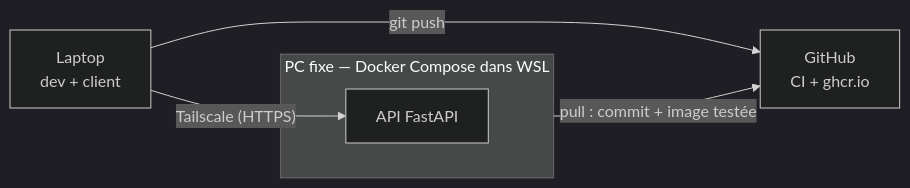
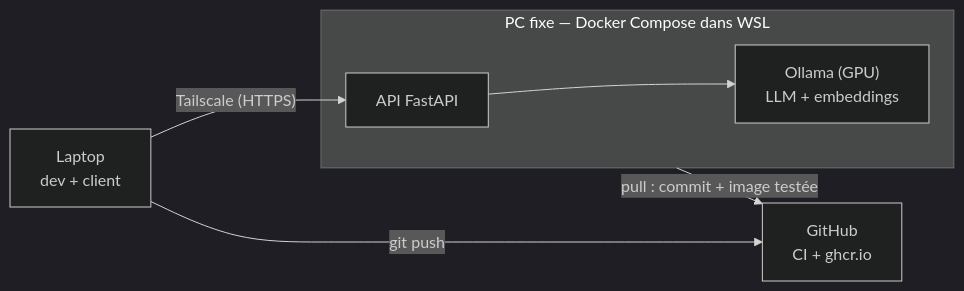
The diagram in README.md (Messine-7/rag-local), drawn with Mermaid (dark theme) before and after one commit. The commit also changed other lines of this file and 12 other files, not shown here.

Commit message:
Phase 3 : Ollama sur GPU, client LLM compatible OpenAI, benchmark

````diff
--- a/README.md
+++ b/README.md
@@ -13,9 +13,9 @@
 ```mermaid
 flowchart LR
   L["Laptop<br/>dev + client"] -- git push --> G["GitHub<br/>CI + ghcr.io"]
   P -- "pull : commit + image testée" --> G
   L -- "Tailscale (HTTPS)" --> A
   subgraph P["PC fixe — Docker Compose dans WSL"]
-    A["API FastAPI"]
+    A["API FastAPI"] --> O["Ollama (GPU)<br/>LLM + embeddings"]
   end
 ```
````
